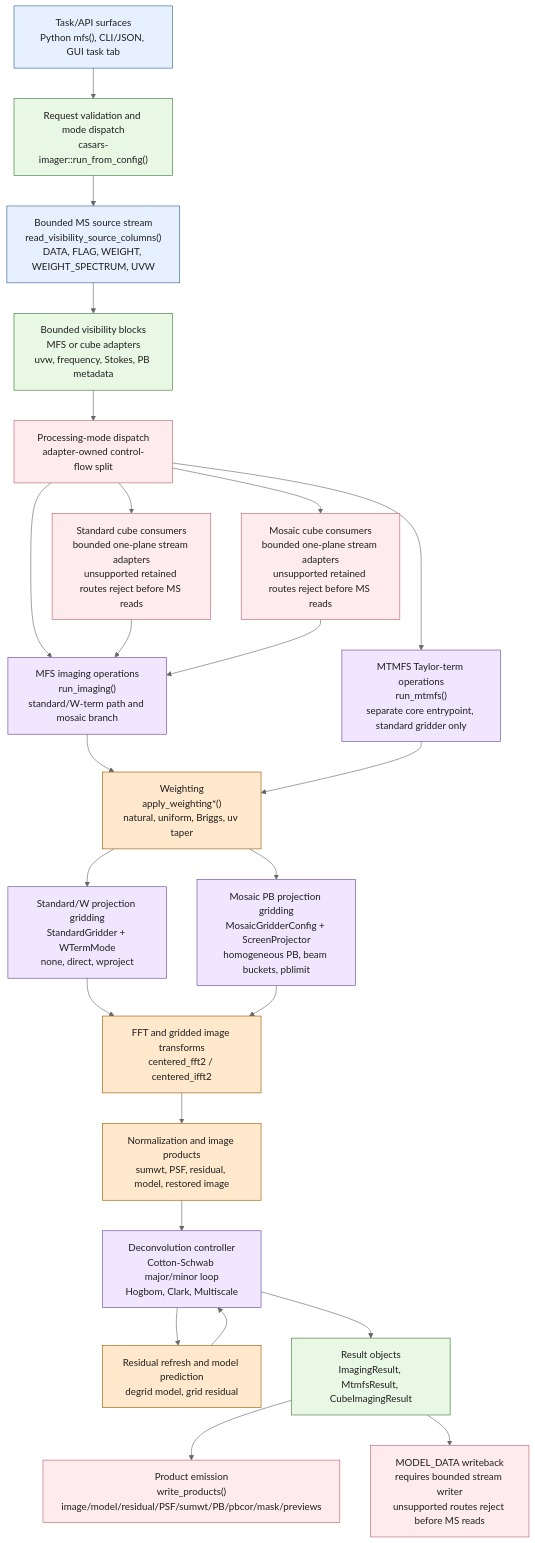
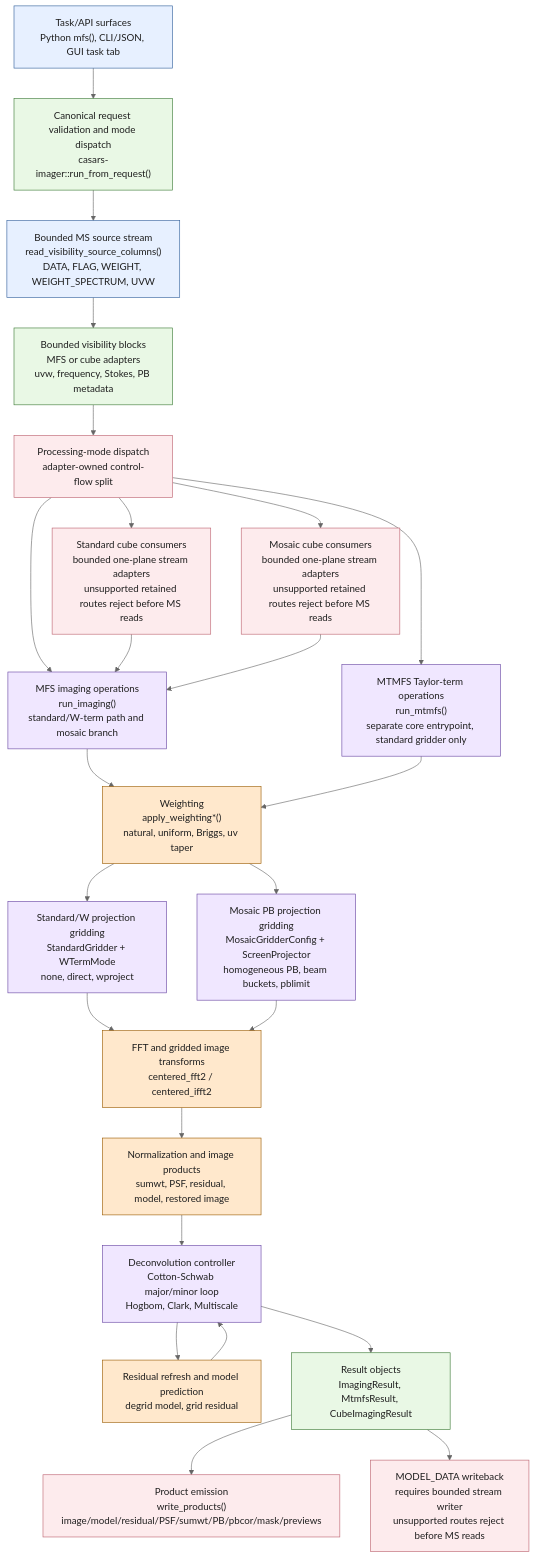
The second of 4 diagrams in docs/imaging-dataflow-comparison.md (bglenden/casa-rs), drawn with Mermaid (neutral theme) before and after one commit. The commit also changed 30 other files, not shown here.

First line of the commit message:
Wave #319: full imaging architecture consolidation (#320)

````diff
--- a/docs/imaging-dataflow-comparison.md
+++ b/docs/imaging-dataflow-comparison.md
@@ -78,39 +78,39 @@
 ```mermaid
 flowchart TB
-    surface["Task/API surfaces<br/>Python mfs(), CLI/JSON, GUI task tab"] --> runconfig["Request validation and mode dispatch<br/>casars-imager::run_from_config()"]
+    surface["Task/API surfaces<br/>Python mfs(), CLI/JSON, GUI task tab"] --> runconfig["Canonical request validation and mode dispatch<br/>casars-imager::run_from_request()"]
     runconfig --> readms["Bounded MS source stream<br/>read_visibility_source_columns()<br/>DATA, FLAG, WEIGHT, WEIGHT_SPECTRUM, UVW"]
     readms --> prep["Bounded visibility blocks<br/>MFS or cube adapters<br/>uvw, frequency, Stokes, PB metadata"]
     prep --> dispatch["Processing-mode dispatch<br/>adapter-owned control-flow split"]
 
     dispatch --> mfs["MFS imaging operations<br/>run_imaging()<br/>standard/W-term path and mosaic branch"]
     dispatch --> mtmfs["MTMFS Taylor-term operations<br/>run_mtmfs()<br/>separate core entrypoint, standard gridder only"]
     dispatch --> cube["Standard cube consumers<br/>bounded one-plane stream adapters<br/>unsupported retained routes reject before MS reads"]
     dispatch --> mcube["Mosaic cube consumers<br/>bounded one-plane stream adapters<br/>unsupported retained routes reject before MS reads"]
 
     cube --> mfs
     mcube --> mfs
     mfs --> weighting["Weighting<br/>apply_weighting*()<br/>natural, uniform, Briggs, uv taper"]
     mtmfs --> weighting
     weighting --> stdproj["Standard/W projection gridding<br/>StandardGridder + WTermMode<br/>none, direct, wproject"]
     weighting --> mosaicproj["Mosaic PB projection gridding<br/>MosaicGridderConfig + ScreenProjector<br/>homogeneous PB, beam buckets, pblimit"]
     stdproj --> fft["FFT and gridded image transforms<br/>centered_fft2 / centered_ifft2"]
     mosaicproj --> fft
     fft --> normalize["Normalization and image products<br/>sumwt, PSF, residual, model, restored image"]
     normalize --> deconv["Deconvolution controller<br/>Cotton-Schwab major/minor loop<br/>Hogbom, Clark, Multiscale"]
     deconv --> refresh["Residual refresh and model prediction<br/>degrid model, grid residual"]
     refresh --> deconv
     deconv --> result["Result objects<br/>ImagingResult, MtmfsResult, CubeImagingResult"]
     result --> write["Product emission<br/>write_products()<br/>image/model/residual/PSF/sumwt/PB/pbcor/mask/previews"]
     result --> modelcol["MODEL_DATA writeback<br/>requires bounded stream writer<br/>unsupported routes reject before MS reads"]
 
     classDef io fill:#e7f0ff,stroke:#315f9b,color:#1f1f1f;
     classDef op fill:#e9f8e5,stroke:#3c7a36,color:#1f1f1f;
     classDef mode fill:#f0e7ff,stroke:#6846a3,color:#1f1f1f;
     classDef hot fill:#ffe8cc,stroke:#9a5b00,color:#1f1f1f;
     classDef pressure fill:#fdebed,stroke:#bd6370,color:#1f1f1f;
     class surface,readms,write,modelcol io;
     class runconfig,prep,result op;
     class mfs,mtmfs,cube,mcube,stdproj,mosaicproj,deconv mode;
     class weighting,fft,normalize,refresh hot;
     class dispatch,cube,mcube,modelcol,write pressure;
 ```
````
